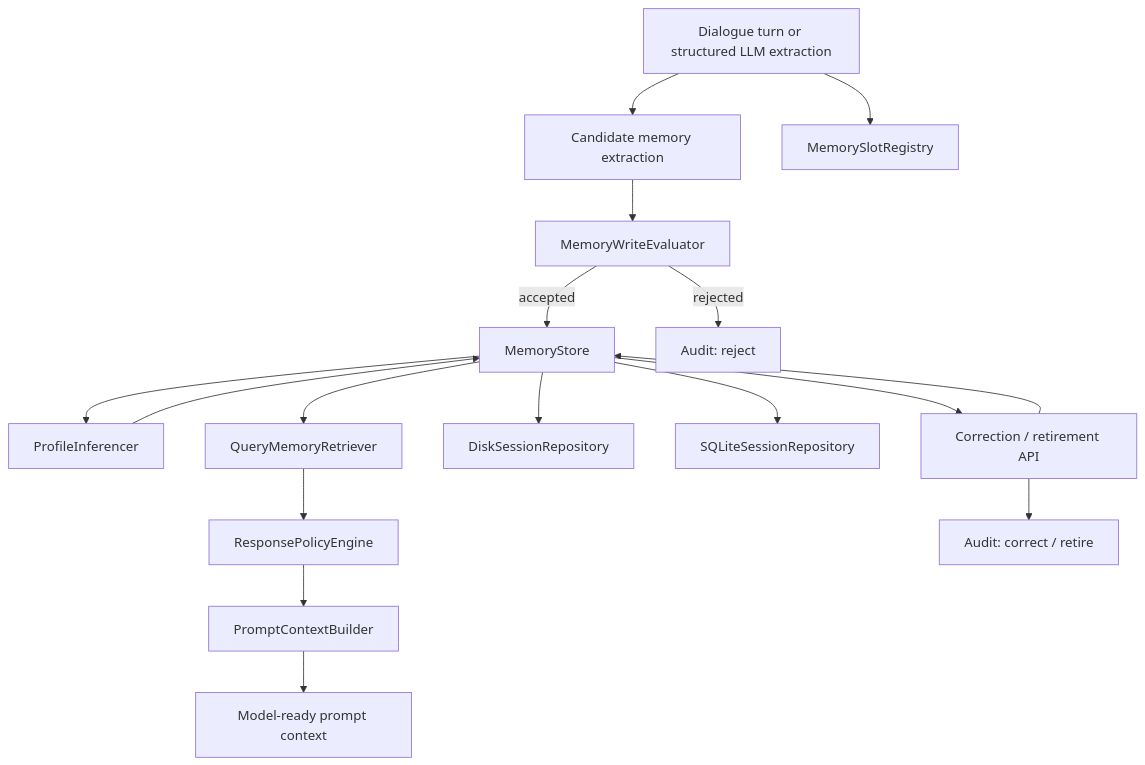
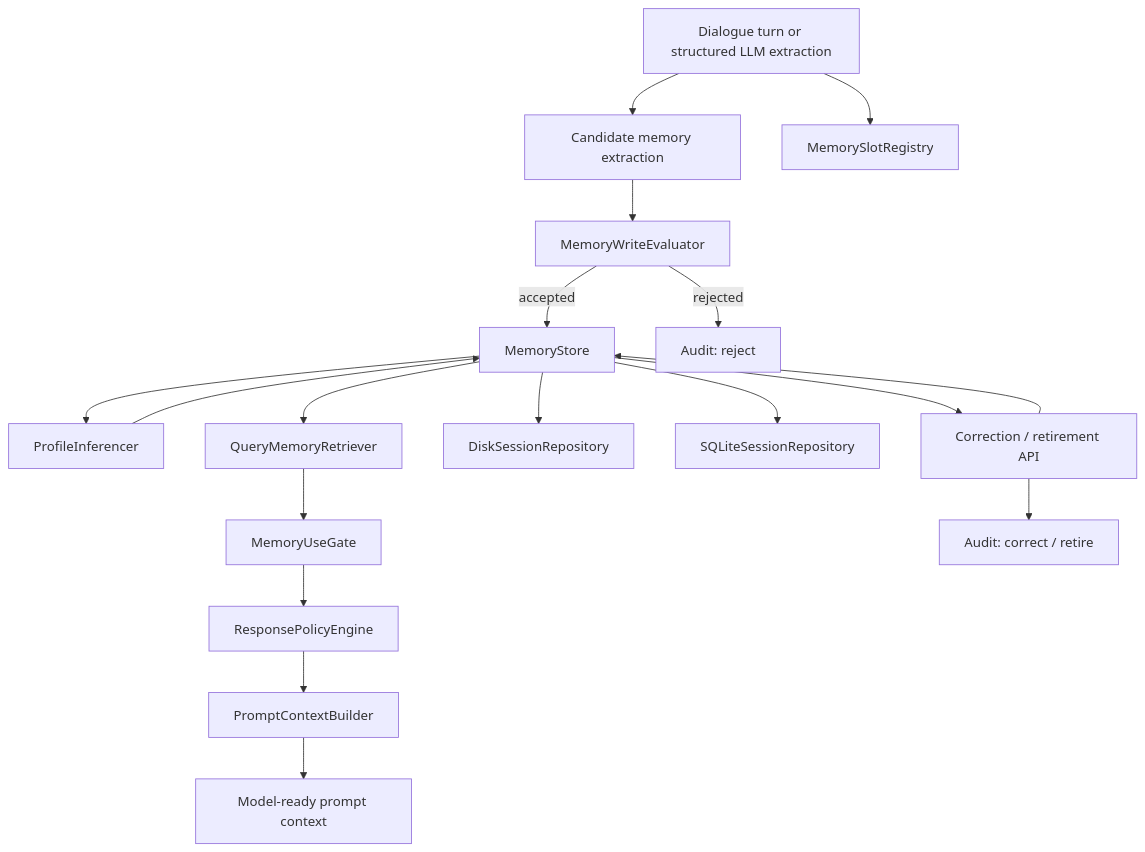
One commit to 2sao7sao/EvolveMemory changed the diagram in README.md. Above: the diagram before and after it, drawn with Mermaid. The commit also changed other lines of this file and 8 other files, not shown here.

````diff
--- a/README.md
+++ b/README.md
@@ -112,19 +117,20 @@
 ```mermaid
 flowchart TD
     A["Dialogue turn or structured LLM extraction"] --> B["Candidate memory extraction"]
     A --> R["MemorySlotRegistry"]
     B --> C["MemoryWriteEvaluator"]
     C -->|accepted| D["MemoryStore"]
     C -->|rejected| E["Audit: reject"]
     D --> F["ProfileInferencer"]
     F --> D
     D --> G["QueryMemoryRetriever"]
-    G --> H["ResponsePolicyEngine"]
+    G --> U["MemoryUseGate"]
+    U --> H["ResponsePolicyEngine"]
     H --> I["PromptContextBuilder"]
     I --> J["Model-ready prompt context"]
     D --> K["DiskSessionRepository"]
     D --> N["SQLiteSessionRepository"]
     D --> L["Correction / retirement API"]
     L --> D
     L --> M["Audit: correct / retire"]
 ```
````
